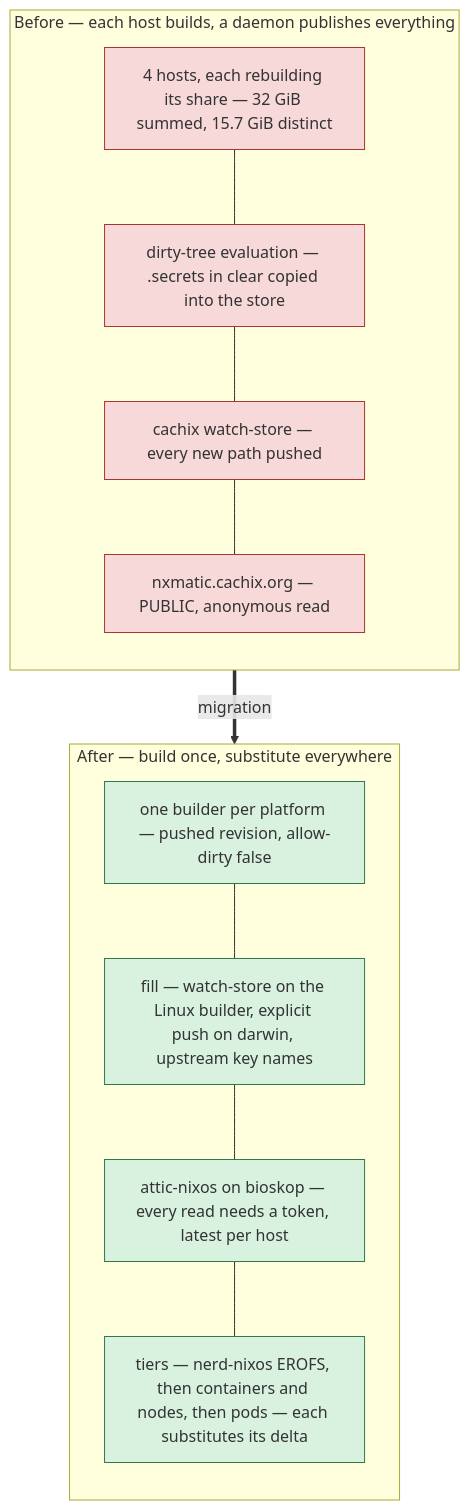
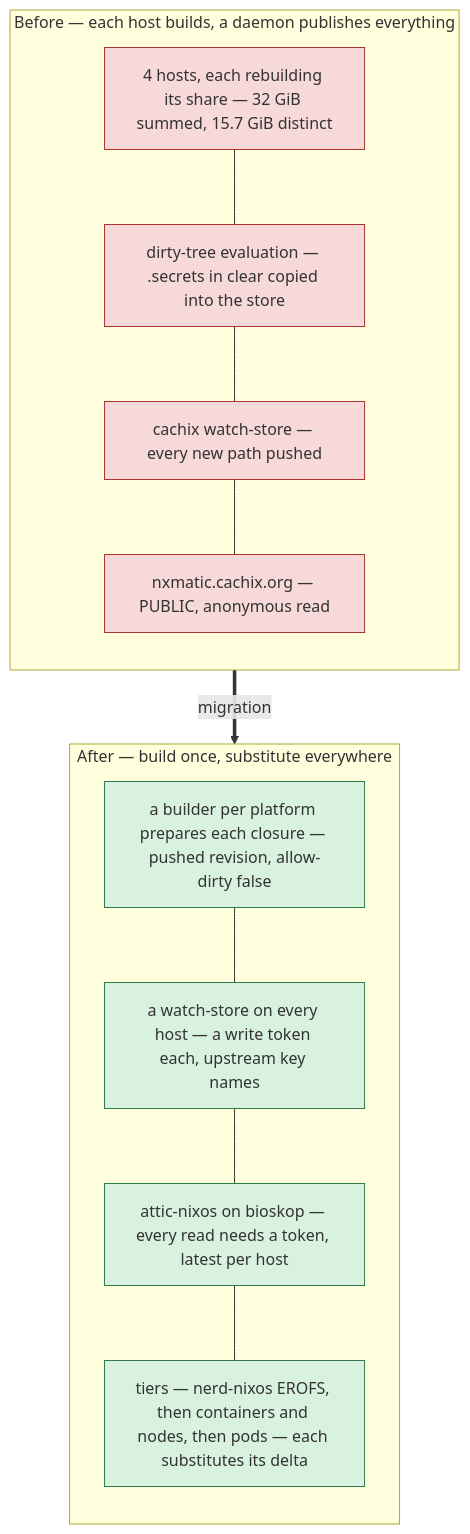
One commit to seedmatic/rke2lab changed the seventh of 8 diagrams in docs/architecture/atlas/fabric-control-plane.adoc. Above: the diagram before and after it, drawn with Mermaid. The commit also changed other lines of this file and 2 other files, not shown here.

First line of the commit message:
docs(atlas): a watch-store on every host, a write token each — the price stated

```diff
--- a/docs/architecture/atlas/fabric-control-plane.adoc
+++ b/docs/architecture/atlas/fabric-control-plane.adoc
@@ -452,24 +452,24 @@
 [mermaid]
 ....
 flowchart TB
   subgraph BEFORE["Before — each host builds, a daemon publishes everything"]
     direction TB
     b1["4 hosts, each rebuilding its share — 32 GiB summed, 15.7 GiB distinct"]:::ko
     b2["dirty-tree evaluation — .secrets in clear copied into the store"]:::ko
     b3["cachix watch-store — every new path pushed"]:::ko
     b4["nxmatic.cachix.org — PUBLIC, anonymous read"]:::ko
     b1 --- b2 --- b3 --- b4
   end
   subgraph AFTER["After — build once, substitute everywhere"]
     direction TB
-    a1["one builder per platform — pushed revision, allow-dirty false"]:::ok
-    a2["fill — watch-store on the Linux builder, explicit push on darwin, upstream key names"]:::ok
+    a1["a builder per platform prepares each closure — pushed revision, allow-dirty false"]:::ok
+    a2["a watch-store on every host — a write token each, upstream key names"]:::ok
     a3["attic-nixos on bioskop — every read needs a token, latest per host"]:::ok
     a4["tiers — nerd-nixos EROFS, then containers and nodes, then pods — each substitutes its delta"]:::ok
     a1 --- a2 --- a3 --- a4
   end
   BEFORE ==>|"migration"| AFTER
 
   classDef ko fill:#f7d9d9,stroke:#a33;
   classDef ok fill:#d9f2e0,stroke:#2d7a4b;
 ....
```
